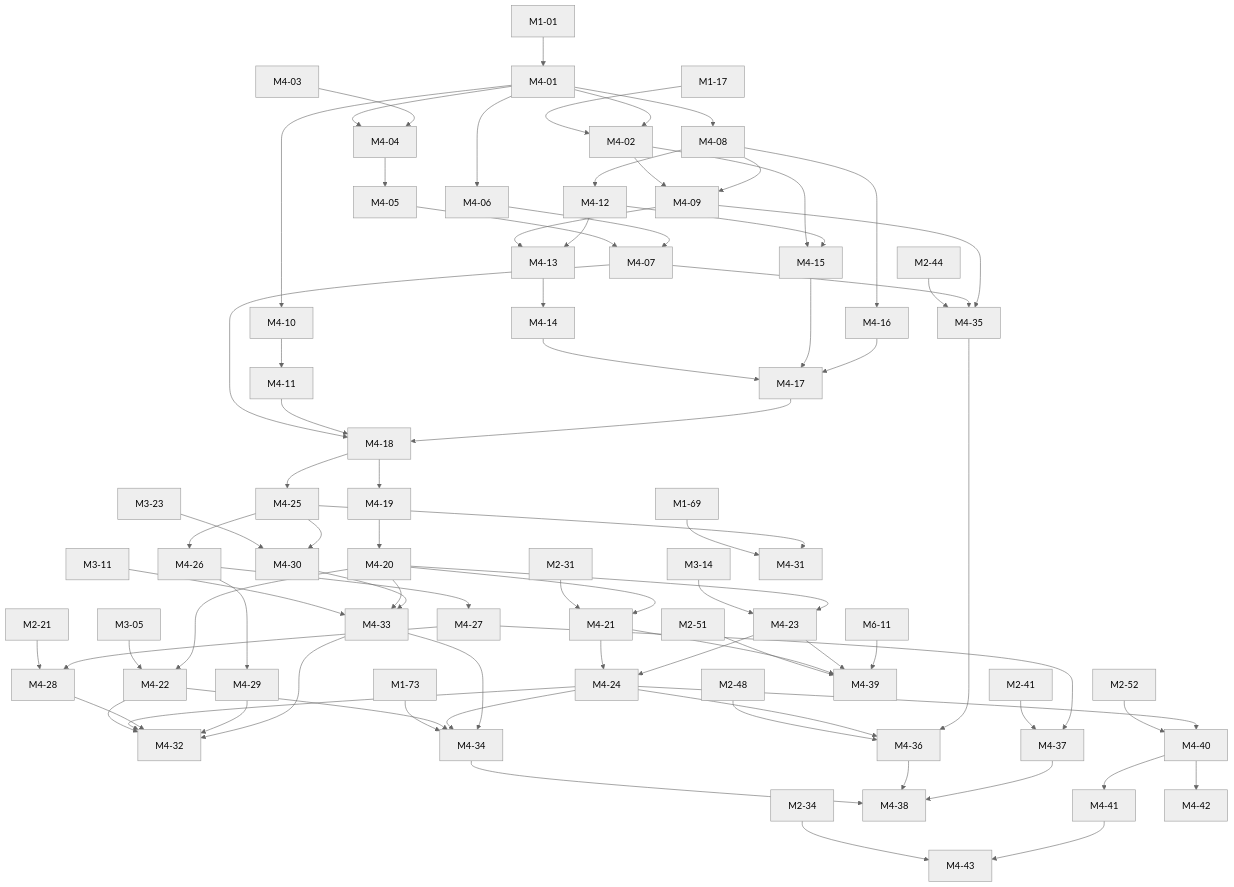
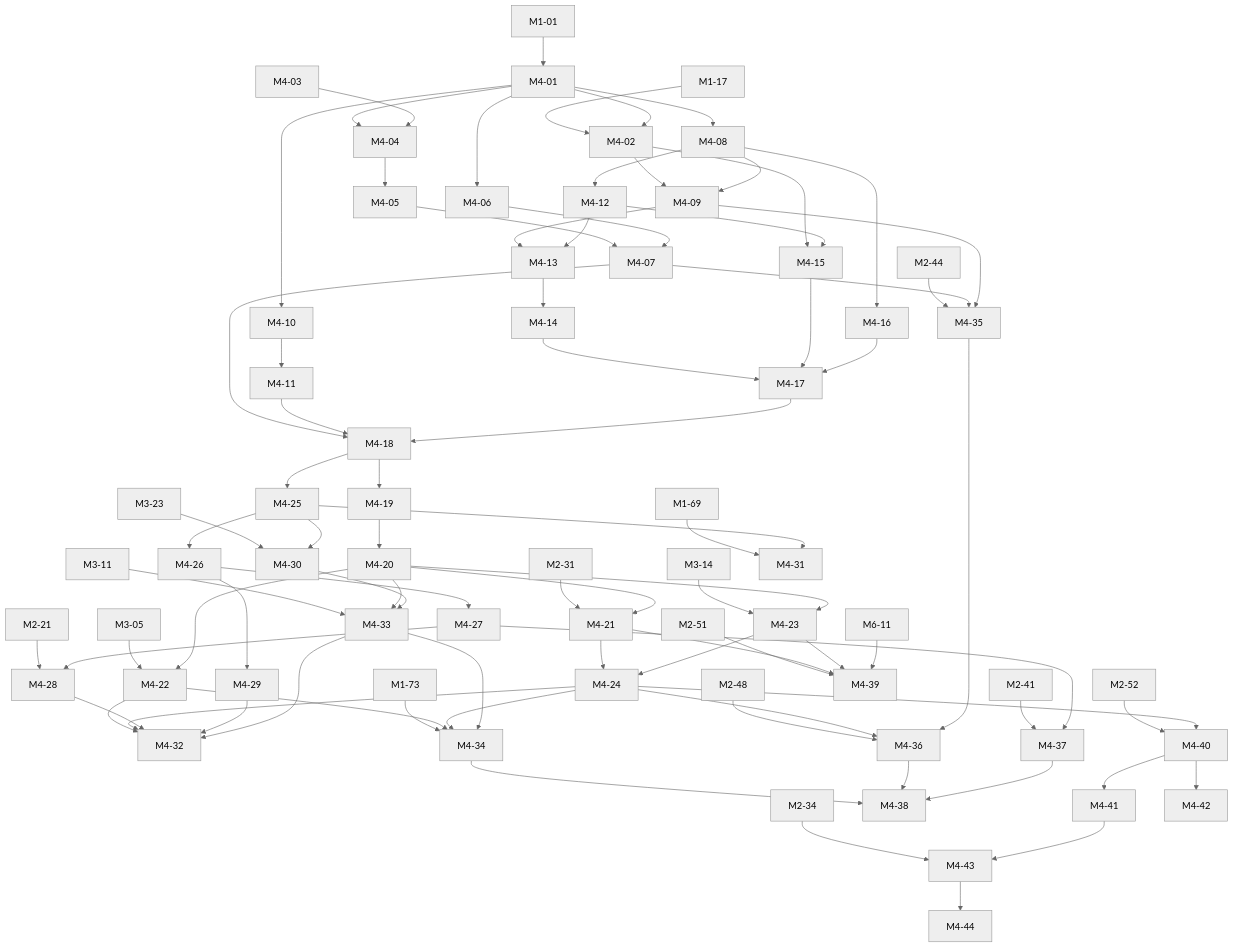
One commit to mguttmann/bothy changed the fourth of 8 diagrams in docs/briefs/README.md. Above: the diagram before and after it, drawn with Mermaid (neutral theme). The commit also changed other lines of this file and 143 other files, not shown here.

````diff
--- a/docs/briefs/README.md
+++ b/docs/briefs/README.md
@@ -976,6 +977,7 @@
   M4_41["M4-41"]
   M4_42["M4-42"]
   M4_43["M4-43"]
+  M4_44["M4-44"]
   M6_11["M6-11"]
   M1_01 --> M4_01
   M1_17 --> M4_02
@@ -1057,4 +1059,5 @@
   M4_40 --> M4_42
   M2_34 --> M4_43
   M4_41 --> M4_43
+  M4_43 --> M4_44
 ```
````
